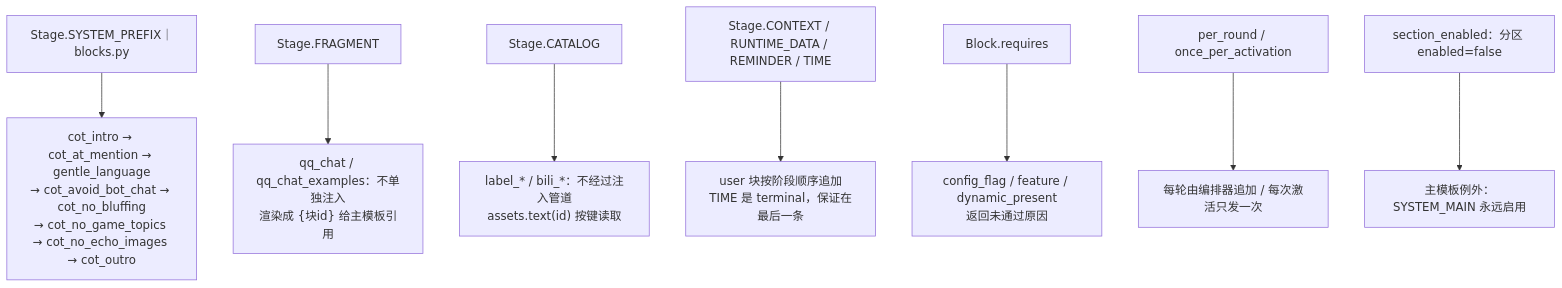
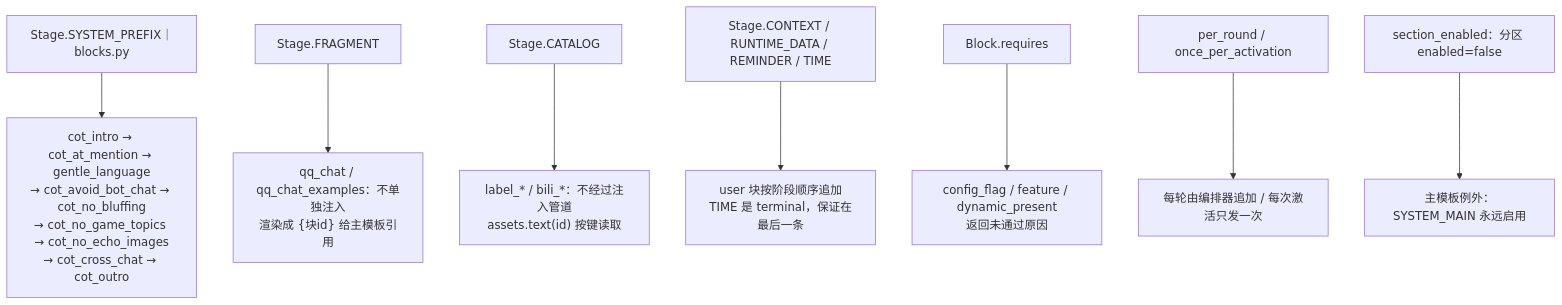
One commit to SuperQuail/NeoBot changed the fifth of 10 diagrams in docs/flow/24-prompt-chatflow.md. Above: the diagram before and after it, drawn with Mermaid. The commit also changed other lines of this file and 30 other files, not shown here.

First line of the commit message:
feat(cross_chat): 新增跨聊天 cot 提示并持久化交互会话 (#283)

````diff
--- a/docs/flow/24-prompt-chatflow.md
+++ b/docs/flow/24-prompt-chatflow.md
@@ -149,10 +149,10 @@
 ```mermaid
 flowchart TD
-    A["Stage.SYSTEM_PREFIX｜blocks.py"] --> A1["cot_intro → cot_at_mention → gentle_language<br/>→ cot_avoid_bot_chat → cot_no_bluffing<br/>→ cot_no_game_topics → cot_no_echo_images → cot_outro"]
+    A["Stage.SYSTEM_PREFIX｜blocks.py"] --> A1["cot_intro → cot_at_mention → gentle_language<br/>→ cot_avoid_bot_chat → cot_no_bluffing<br/>→ cot_no_game_topics → cot_no_echo_images<br/>→ cot_cross_chat → cot_outro"]
     B["Stage.FRAGMENT"] --> B1["qq_chat / qq_chat_examples：不单独注入<br/>渲染成 {块id} 给主模板引用"]
     C["Stage.CATALOG"] --> C1["label_* / bili_*：不经过注入管道<br/>assets.text(id) 按键读取"]
     D["Stage.CONTEXT / RUNTIME_DATA / REMINDER / TIME"] --> D1["user 块按阶段顺序追加<br/>TIME 是 terminal，保证在最后一条"]
     E["Block.requires"] --> E1["config_flag / feature / dynamic_present<br/>返回未通过原因"]
     F["per_round / once_per_activation"] --> F1["每轮由编排器追加 / 每次激活只发一次"]
     G["section_enabled：分区 enabled=false"] --> G1["主模板例外：SYSTEM_MAIN 永远启用"]
 ```
````
